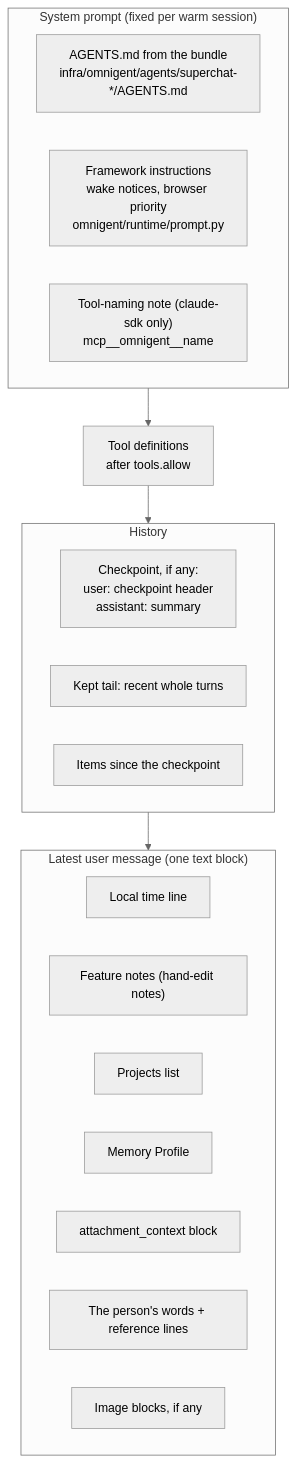
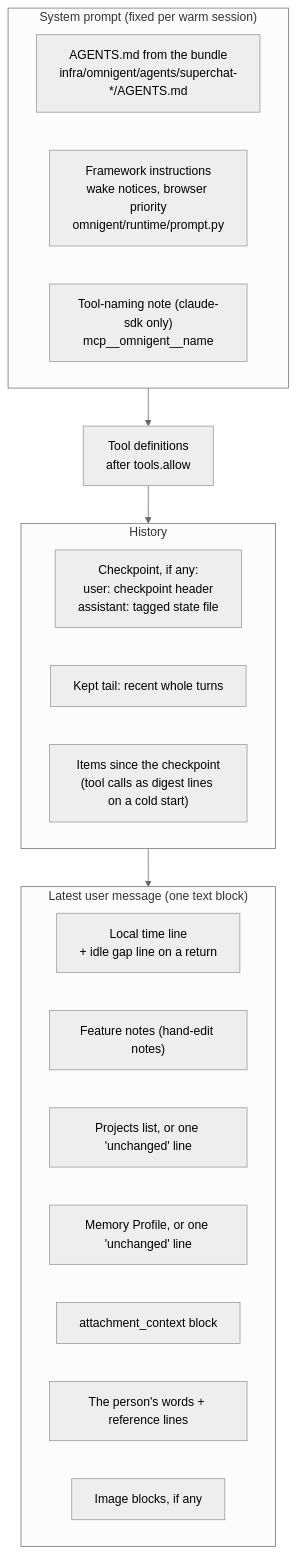
One commit to routifai/bot-grok changed the diagram in docs/super-chat/context-assembly.md. Above: the diagram before and after it, drawn with Mermaid (neutral theme). The commit also changed other lines of this file and 9 other files, not shown here.

````diff
--- a/docs/super-chat/context-assembly.md
+++ b/docs/super-chat/context-assembly.md
@@ -67,24 +75,24 @@
 ```mermaid
 flowchart TB
     subgraph SYS["System prompt (fixed per warm session)"]
         A1["AGENTS.md from the bundle<br/>infra/omnigent/agents/superchat-*/AGENTS.md"]
         A2["Framework instructions<br/>wake notices, browser priority<br/>omnigent/runtime/prompt.py"]
         A3["Tool-naming note (claude-sdk only)<br/>mcp__omnigent__name"]
     end
     T["Tool definitions<br/>after tools.allow"]
     subgraph HIST["History"]
-        H1["Checkpoint, if any:<br/>user: checkpoint header<br/>assistant: summary"]
+        H1["Checkpoint, if any:<br/>user: checkpoint header<br/>assistant: tagged state file"]
         H2["Kept tail: recent whole turns"]
-        H3["Items since the checkpoint"]
+        H3["Items since the checkpoint<br/>(tool calls as digest lines on a cold start)"]
     end
     subgraph MSG["Latest user message (one text block)"]
-        P1["Local time line"]
+        P1["Local time line<br/>+ idle gap line on a return"]
         P2["Feature notes (hand-edit notes)"]
-        P3["Projects list"]
-        P4["Memory Profile"]
+        P3["Projects list, or one 'unchanged' line"]
+        P4["Memory Profile, or one 'unchanged' line"]
         P5["attachment_context block"]
         P6["The person's words + reference lines"]
         P7["Image blocks, if any"]
     end
     SYS --> T --> HIST --> MSG
 ```
````
